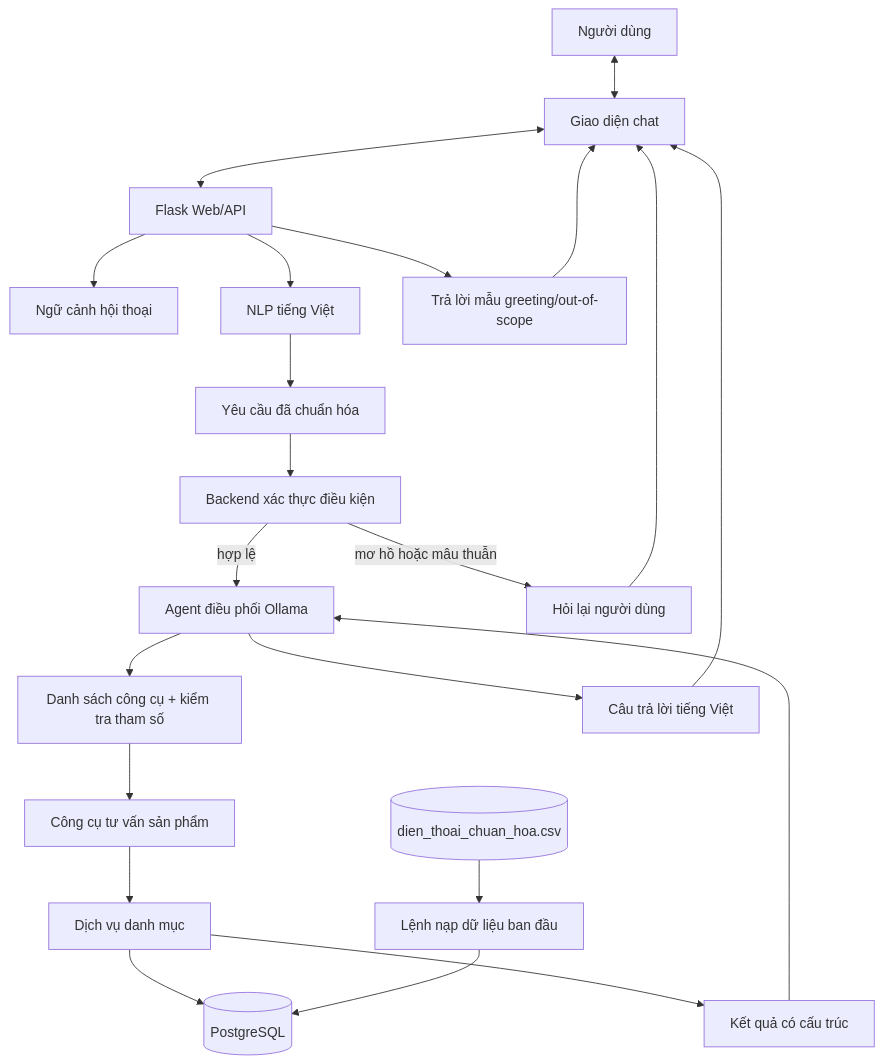
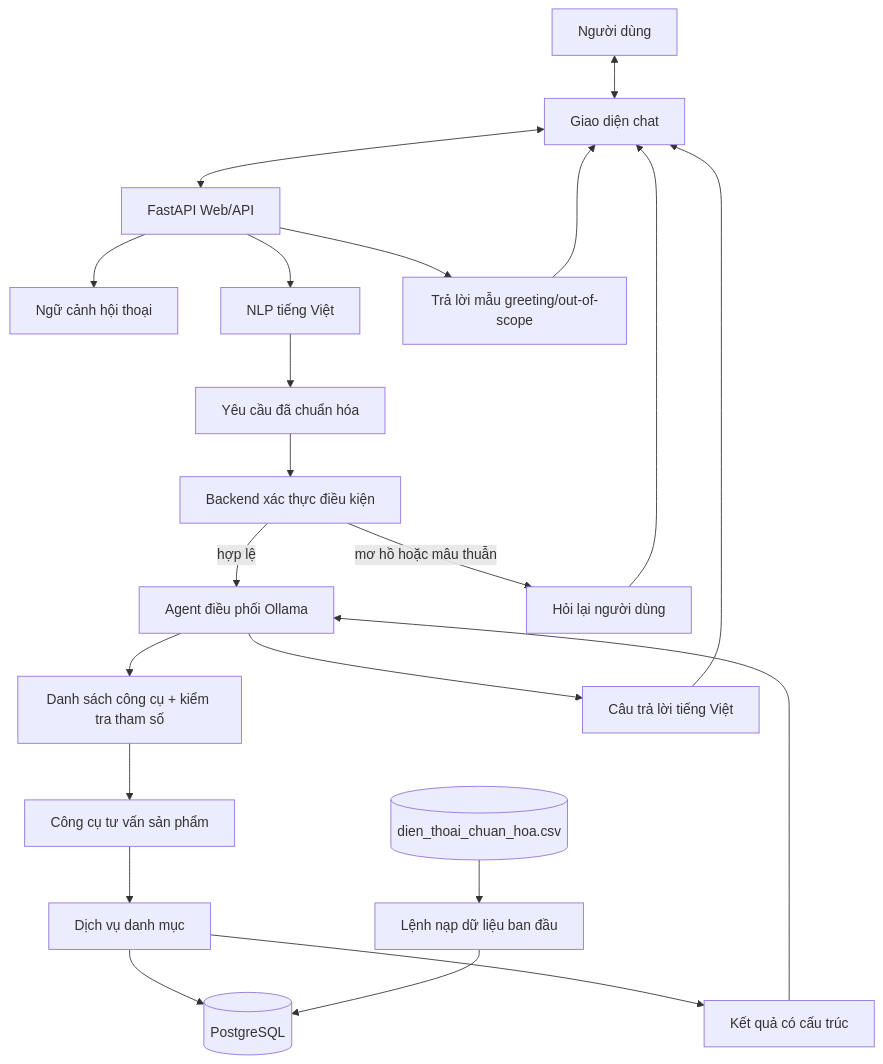
The diagram in data/kientruc.md (pdbao278/chatbot_dienthoai), drawn with Mermaid before and after one commit. The commit also changed other lines of this file and 72 other files, not shown here.

```diff
--- a/data/kientruc.md
+++ b/data/kientruc.md
@@ -29,24 +29,24 @@
 ~~~mermaid
 flowchart TD
     User[Người dùng] <--> UI[Giao diện chat]
-    UI <--> Flask[Flask Web/API]
-    Flask --> State[Ngữ cảnh hội thoại]
-    Flask --> NLP[NLP tiếng Việt]
+    UI <--> FastAPI[FastAPI Web/API]
+    FastAPI --> State[Ngữ cảnh hội thoại]
+    FastAPI --> NLP[NLP tiếng Việt]
     NLP --> Parsed[Yêu cầu đã chuẩn hóa]
     Parsed --> Validate[Backend xác thực điều kiện]
     Validate -->|hợp lệ| Agent[Agent điều phối Ollama]
     Validate -->|mơ hồ hoặc mâu thuẫn| Clarify[Hỏi lại người dùng]
     Clarify --> UI
-    Flask --> Static[Trả lời mẫu greeting/out-of-scope]
+    FastAPI --> Static[Trả lời mẫu greeting/out-of-scope]
     Static --> UI
     Agent --> Guard[Danh sách công cụ + kiểm tra tham số]
     Guard --> Tools[Công cụ tư vấn sản phẩm]
     Tools --> Catalog[Dịch vụ danh mục]
     Catalog --> DB[(PostgreSQL)]
     Catalog --> Results[Kết quả có cấu trúc]
     Results --> Agent
     Agent --> Answer[Câu trả lời tiếng Việt]
     Answer --> UI
     CSV[(dien_thoai_chuan_hoa.csv)] --> Seed[Lệnh nạp dữ liệu ban đầu]
     Seed --> DB
 ~~~
```
